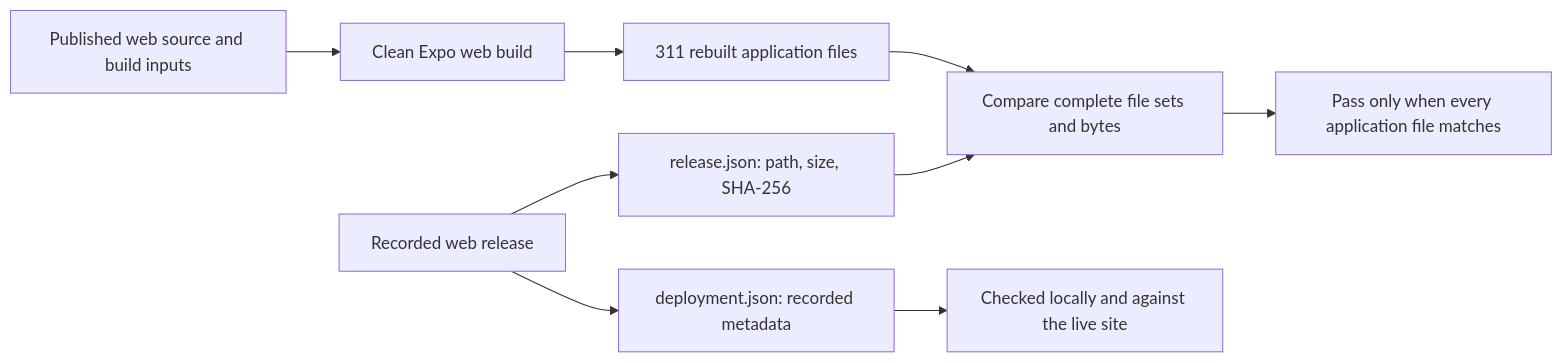
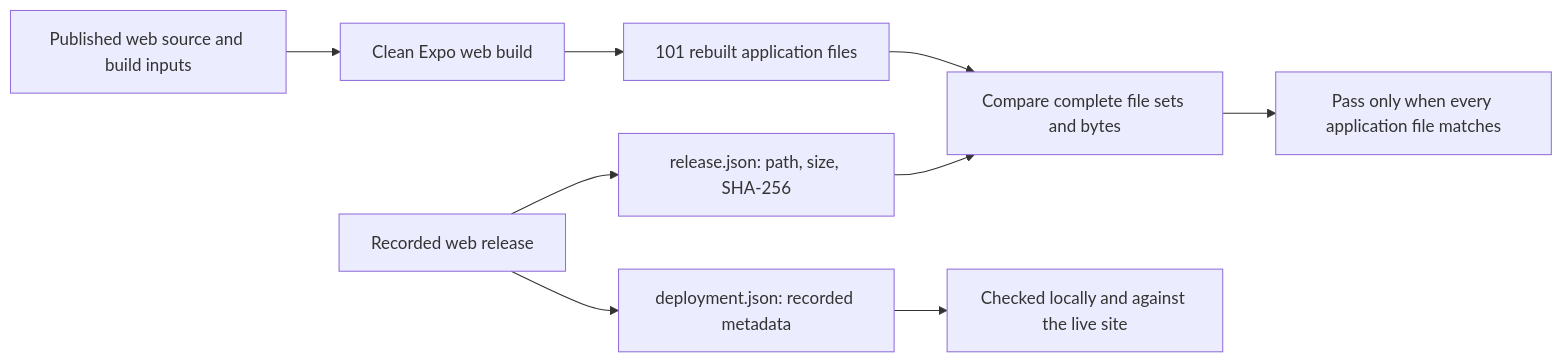
Before and after one commit to nuri-com/nuri-wallet: the first of 5 diagrams in README.md, drawn with Mermaid. The commit also changed other lines of this file and 348 other files, not shown here.

````diff
--- a/README.md
+++ b/README.md
@@ -167,11 +167,11 @@
 ```mermaid
 flowchart LR
     S["Published web source and build inputs"] --> B["Clean Expo web build"]
-    B --> R["311 rebuilt application files"]
+    B --> R["101 rebuilt application files"]
     W["Recorded web release"] --> M["release.json: path, size, SHA-256"]
     R --> C["Compare complete file sets and bytes"]
     M --> C
     W --> D["deployment.json: recorded metadata"]
     D --> L["Checked locally and against the live site"]
     C --> P["Pass only when every application file matches"]
 ```
````
